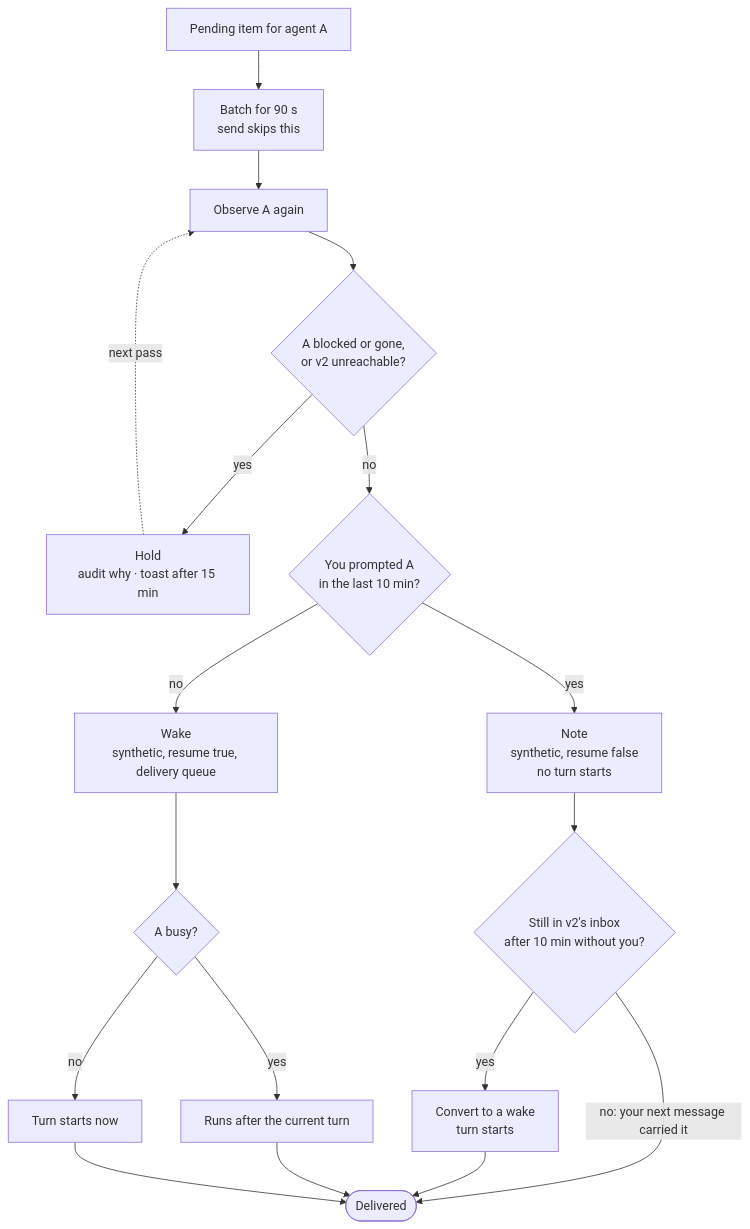
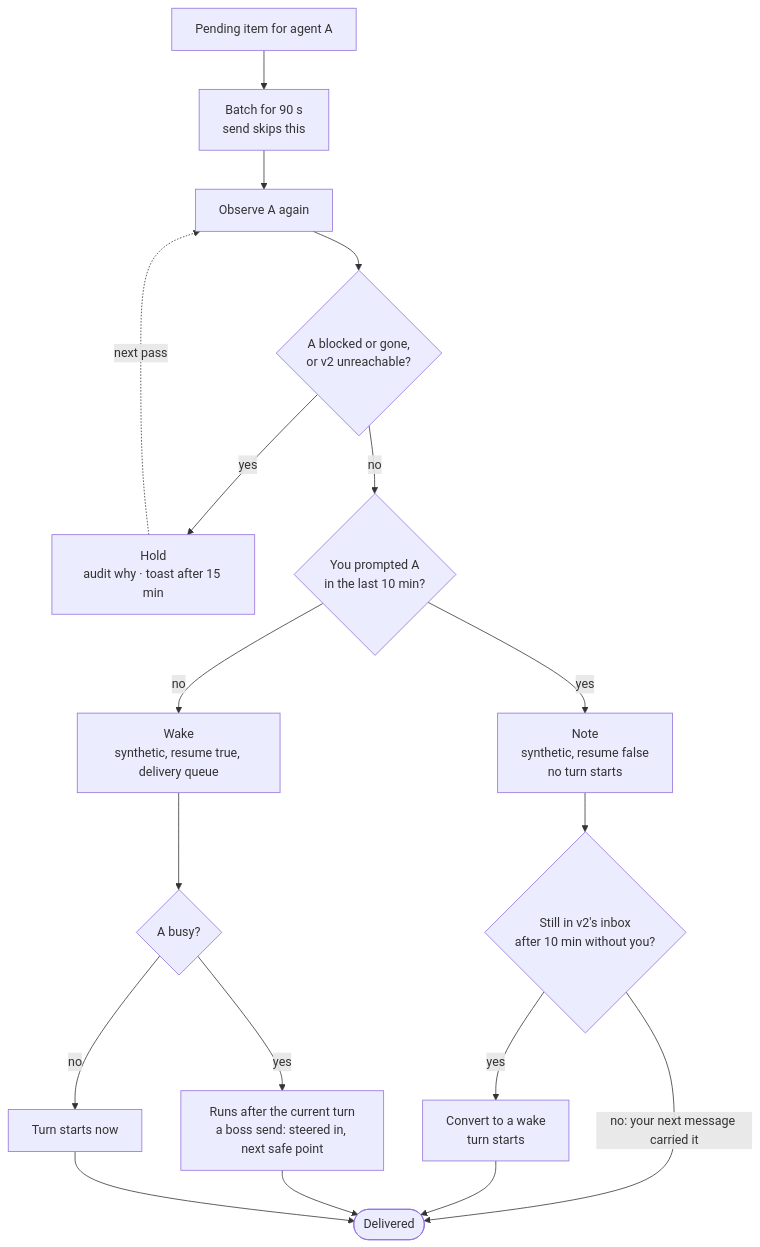
One commit to adamkaplan/fleet-kit changed the fourth of 16 diagrams in docs/switchboard.md. Above: the diagram before and after it, drawn with Mermaid. The commit also changed other lines of this file, not shown here.

Commit message:
docs: the delivery rule for a working agent, send_to_working and send --interrupt

````diff
--- a/docs/switchboard.md
+++ b/docs/switchboard.md
@@ -199,20 +222,20 @@
 ```mermaid
 flowchart TD
   item["Pending item for agent A"] --> batch["Batch for 90 s<br/>send skips this"]
   batch --> recheck["Observe A again"]
   recheck --> blocked{"A blocked or gone,<br/>or v2 unreachable?"}
   blocked -- "yes" --> hold["Hold<br/>audit why · toast after 15 min"]
   hold -. "next pass" .-> recheck
   blocked -- "no" --> engaged{"You prompted A<br/>in the last 10 min?"}
   engaged -- "yes" --> note["Note<br/>synthetic, resume false<br/>no turn starts"]
   engaged -- "no" --> wake["Wake<br/>synthetic, resume true, delivery queue"]
   note --> lapse{"Still in v2's inbox<br/>after 10 min without you?"}
   lapse -- "yes" --> steer["Convert to a wake<br/>turn starts"]
   lapse -- "no: your next message carried it" --> done(["Delivered"])
   wake --> busy{"A busy?"}
-  busy -- "yes" --> after["Runs after the current turn"]
+  busy -- "yes" --> after["Runs after the current turn<br/>a boss send: steered in, next safe point"]
   busy -- "no" --> now["Turn starts now"]
   steer --> done
   after --> done
   now --> done
 ```
````
